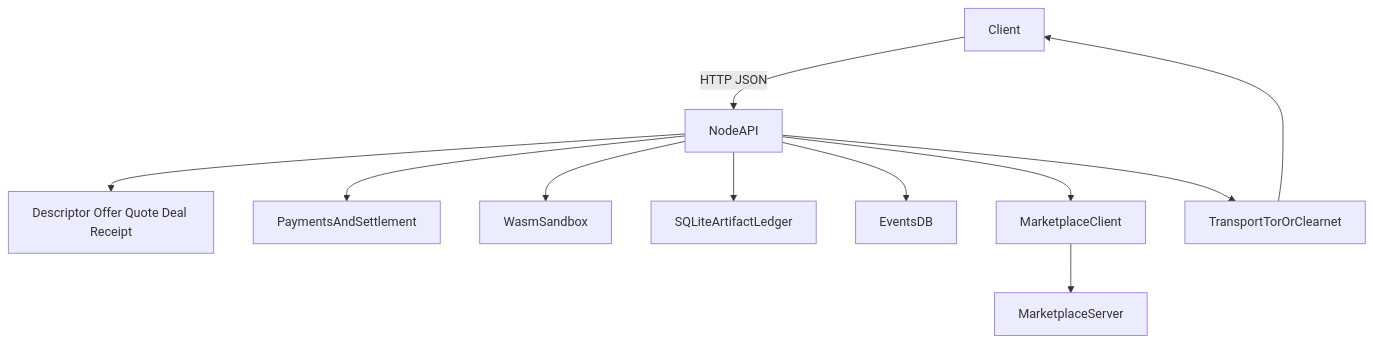
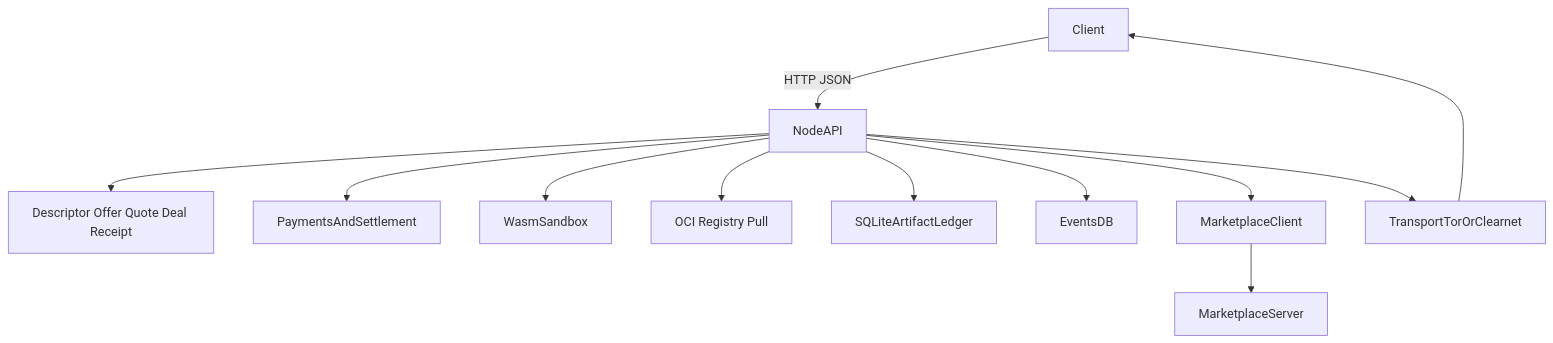
One commit to armanas/froglet changed the diagram in README.md. Above: the diagram before and after it, drawn with Mermaid. The commit also changed other lines of this file and 9 other files, not shown here.

````diff
--- a/README.md
+++ b/README.md
@@ -82,13 +98,14 @@
 ```mermaid
 flowchart TD
   client[Client] -->|HTTP JSON| nodeApi[NodeAPI]
   nodeApi --> protocol[Descriptor Offer Quote Deal Receipt]
   nodeApi --> payments[PaymentsAndSettlement]
   nodeApi --> sandbox[WasmSandbox]
+  nodeApi --> ociRegistry[OCI Registry Pull]
   nodeApi --> ledger[SQLiteArtifactLedger]
   nodeApi --> eventsDB[EventsDB]
   nodeApi --> marketplaceClient[MarketplaceClient]
   marketplaceClient --> marketplaceServer[MarketplaceServer]
   nodeApi --> transport[TransportTorOrClearnet]
   transport --> client
 ```
````
